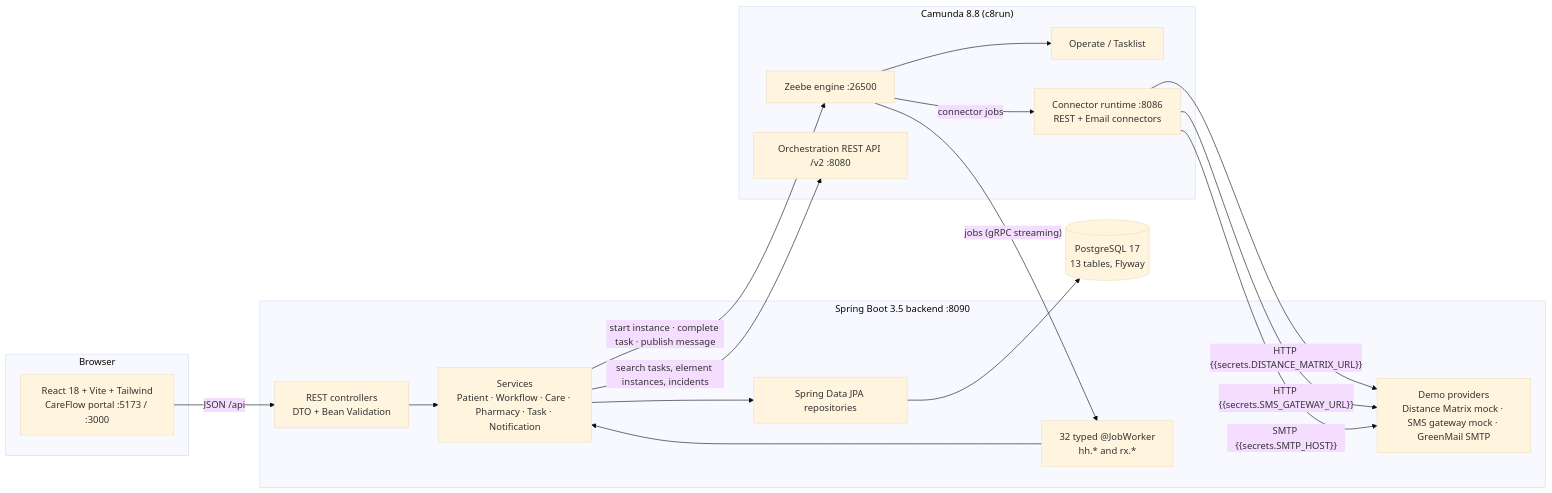
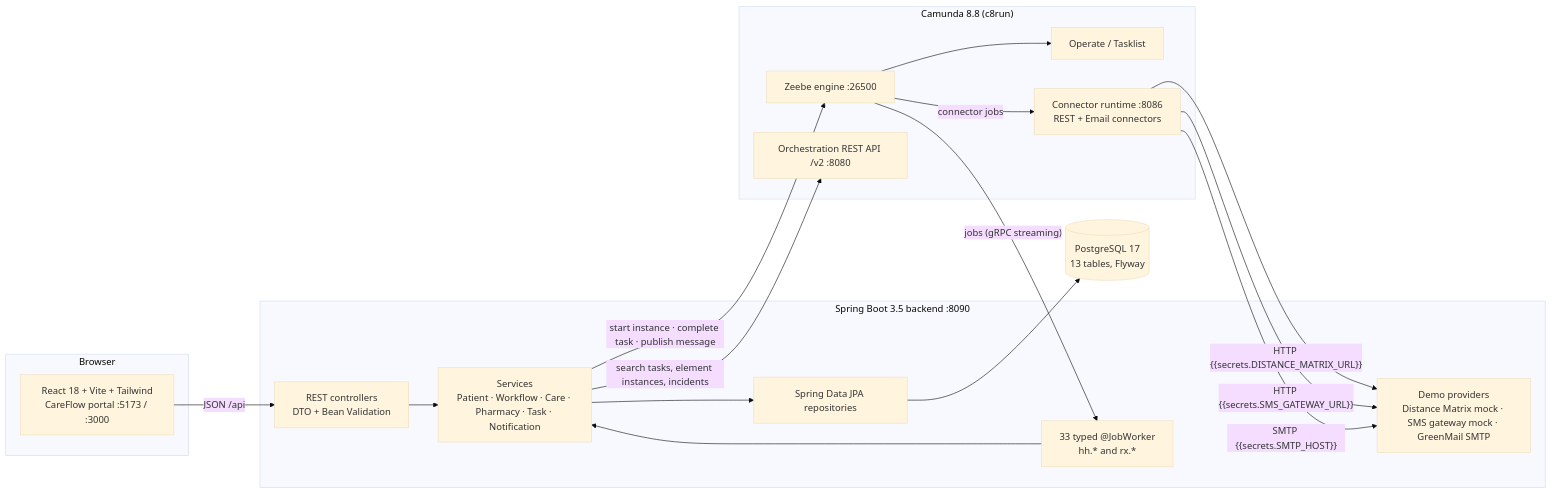
The first of 2 diagrams in README.md (shru930/home-healthcare-dispatch), drawn with Mermaid (base theme) before and after one commit. The commit also changed other lines of this file and 106 other files, not shown here.

````diff
--- a/README.md
+++ b/README.md
@@ -102,31 +114,31 @@
 ```mermaid
 flowchart LR
     subgraph Browser
       UI["React 18 + Vite + Tailwind<br/>CareFlow portal :5173 / :3000"]
     end
     subgraph Backend["Spring Boot 3.5 backend :8090"]
       API["REST controllers<br/>DTO + Bean Validation"]
       SVC["Services<br/>Patient · Workflow · Care · Pharmacy · Task · Notification"]
-      WRK["32 typed @JobWorker<br/>hh.* and rx.*"]
+      WRK["33 typed @JobWorker<br/>hh.* and rx.*"]
       MOCK["Demo providers<br/>Distance Matrix mock · SMS gateway mock · GreenMail SMTP"]
       REPO["Spring Data JPA repositories"]
     end
     DB[("PostgreSQL 17<br/>13 tables, Flyway")]
     subgraph Camunda["Camunda 8.8 (c8run)"]
       ZB["Zeebe engine :26500"]
       REST["Orchestration REST API /v2 :8080"]
       OP["Operate / Tasklist"]
       CON["Connector runtime :8086<br/>REST + Email connectors"]
     end
     UI -- "JSON /api" --> API
     API --> SVC --> REPO --> DB
     SVC -- "start instance · complete task · publish message" --> ZB
     SVC -- "search tasks, element instances, incidents" --> REST
     ZB -- "jobs (gRPC streaming)" --> WRK
     WRK --> SVC
     ZB -- "connector jobs" --> CON
     CON -- "HTTP {{secrets.DISTANCE_MATRIX_URL}}" --> MOCK
     CON -- "HTTP {{secrets.SMS_GATEWAY_URL}}" --> MOCK
     CON -- "SMTP {{secrets.SMTP_HOST}}" --> MOCK
     ZB --> OP
 ```
````
